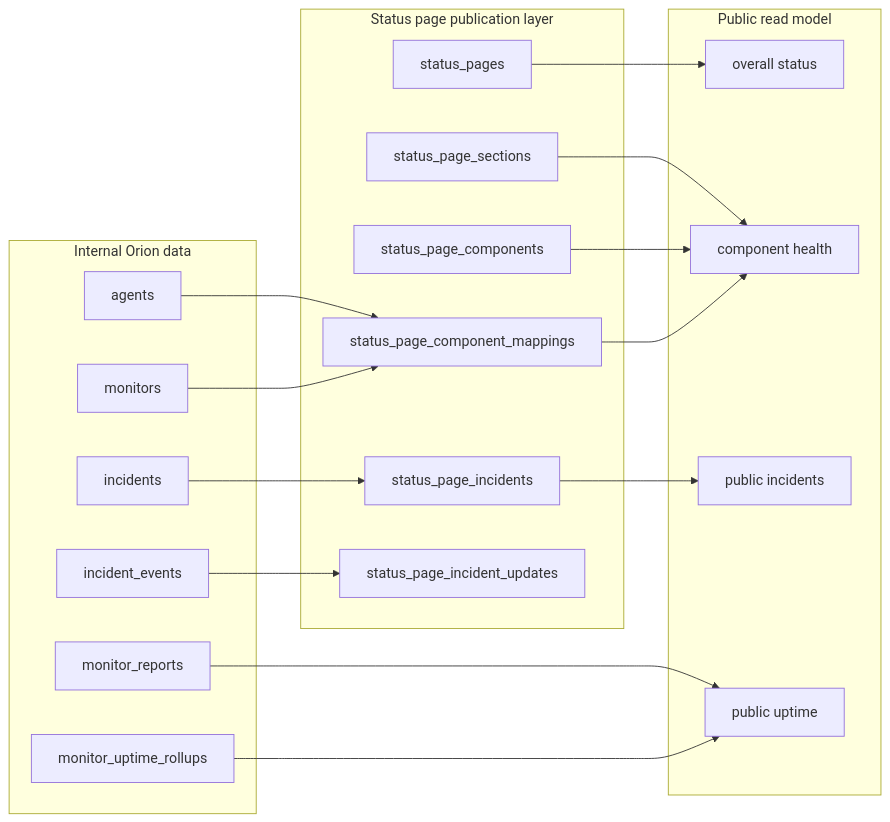
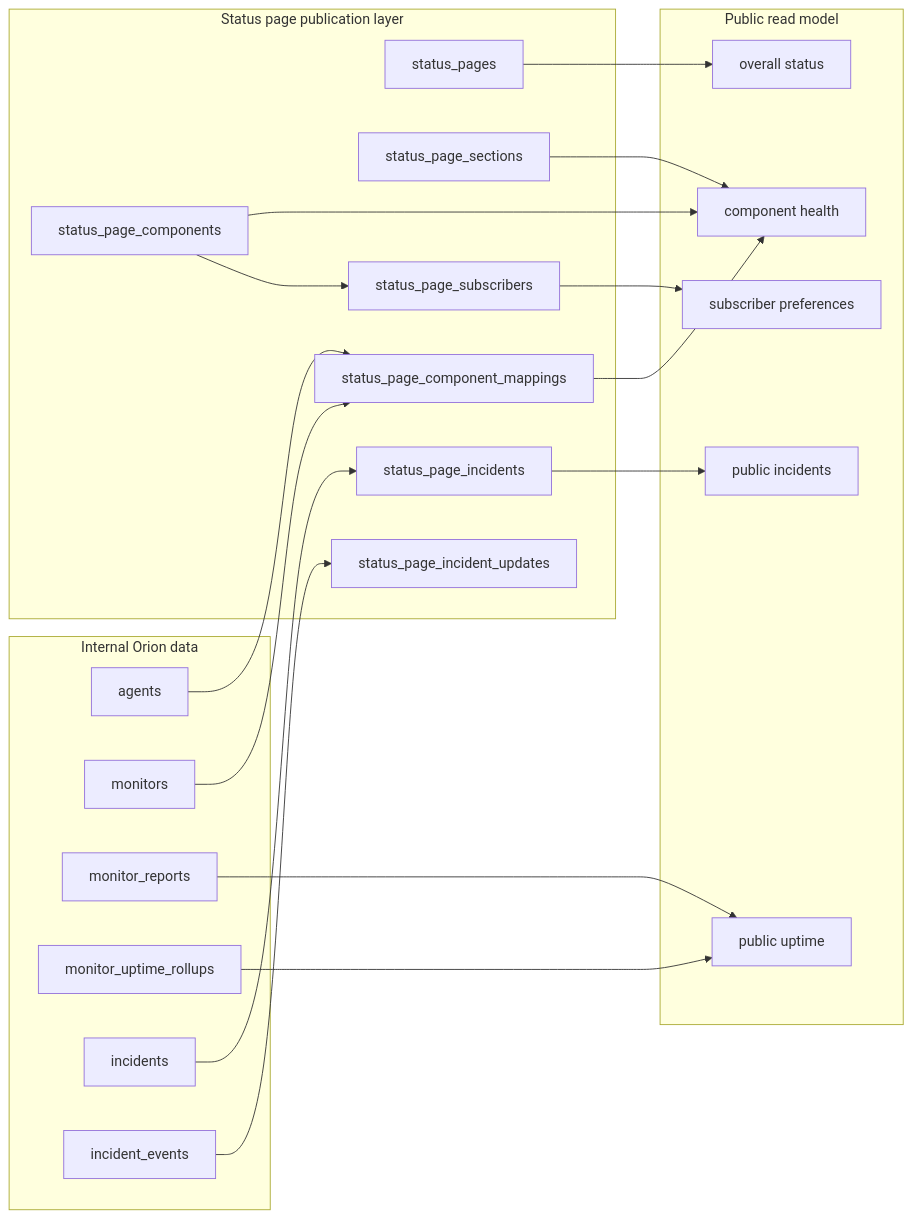
One commit to sunday-studio/orion changed the first of 9 diagrams in docs/architecture/status-pages.md. Above: the diagram before and after it, drawn with Mermaid. The commit also changed other lines of this file and 9 other files, not shown here.

First line of the commit message:
feat(core): publish status page read model

````diff
--- a/docs/architecture/status-pages.md
+++ b/docs/architecture/status-pages.md
@@ -65,39 +66,43 @@
 ```mermaid
 flowchart LR
   subgraph Internal["Internal Orion data"]
     Agents["agents"]
     Monitors["monitors"]
     Reports["monitor_reports"]
     Rollups["monitor_uptime_rollups"]
     Incidents["incidents"]
     Events["incident_events"]
   end
 
   subgraph Publication["Status page publication layer"]
     Pages["status_pages"]
     Sections["status_page_sections"]
     Components["status_page_components"]
     Mappings["status_page_component_mappings"]
     PublicIncidents["status_page_incidents"]
     Updates["status_page_incident_updates"]
+    Subscriptions["status_page_subscribers"]
   end
 
   subgraph Public["Public read model"]
     Summary["overall status"]
     ComponentList["component health"]
     IncidentList["public incidents"]
     Uptime["public uptime"]
+    Subscribe["subscriber preferences"]
   end
 
   Agents --> Mappings
   Monitors --> Mappings
   Reports --> Uptime
   Rollups --> Uptime
   Incidents --> PublicIncidents
   Events --> Updates
   Pages --> Summary
   Sections --> ComponentList
   Components --> ComponentList
   Mappings --> ComponentList
   PublicIncidents --> IncidentList
+  Components --> Subscriptions
+  Subscriptions --> Subscribe
 ```
````
